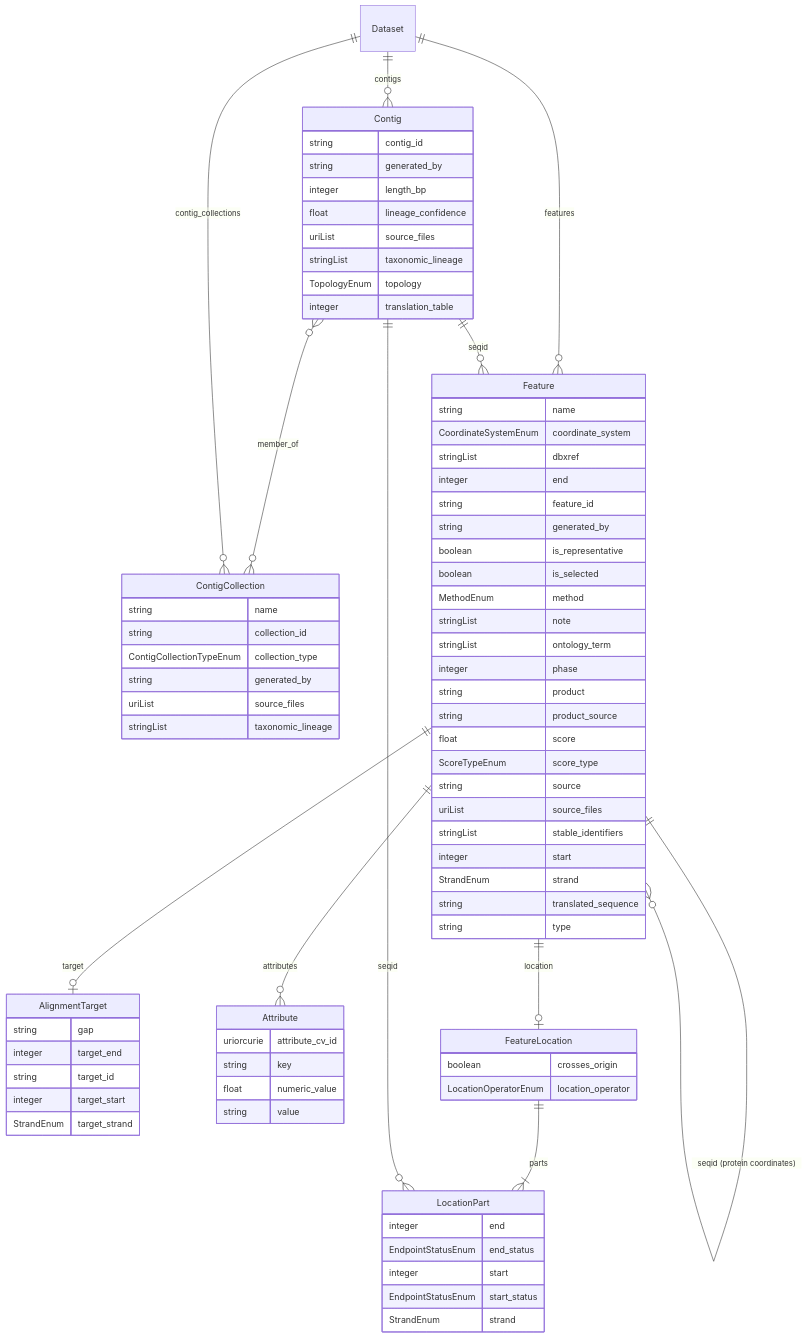
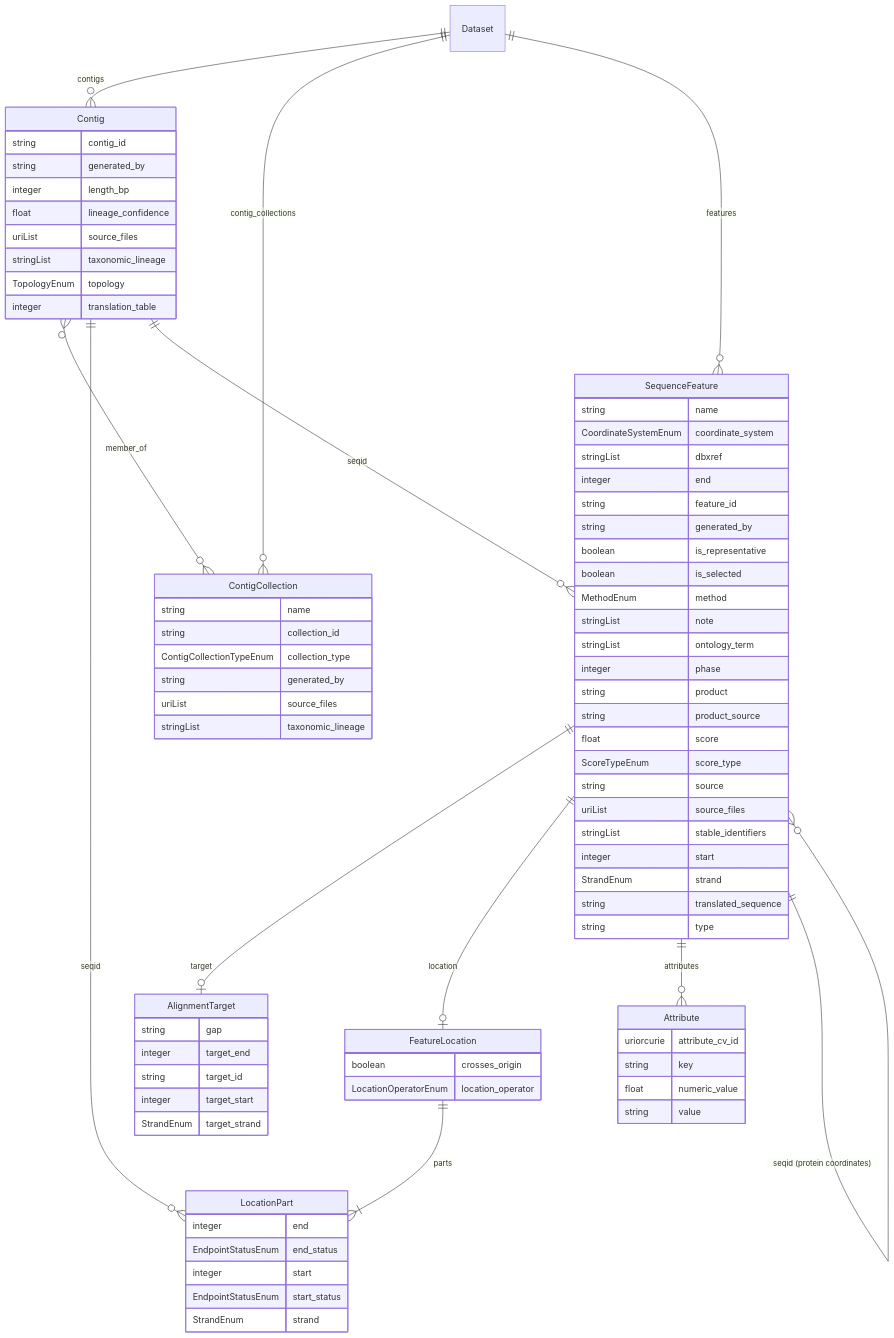
One commit to turbomam/feature-table-corpus changed the diagram in docs/schema-diagram.md. Above: the diagram before and after it, drawn with Mermaid. The commit also changed other lines of this file and 52 other files, not shown here.

First line of the commit message:
Rename the Feature class to SequenceFeature and version the model 0.2.0

````diff
--- a/docs/schema-diagram.md
+++ b/docs/schema-diagram.md
@@ -42,7 +42,18 @@
 Dataset {
 
 }
-Feature {
+FeatureLocation {
+    boolean crosses_origin
+    LocationOperatorEnum location_operator
+}
+LocationPart {
+    integer end
+    EndpointStatusEnum end_status
+    integer start
+    EndpointStatusEnum start_status
+    StrandEnum strand
+}
+SequenceFeature {
     string name
     CoordinateSystemEnum coordinate_system
     stringList dbxref
@@ -67,28 +78,17 @@
     string translated_sequence
     string type
 }
-FeatureLocation {
-    boolean crosses_origin
-    LocationOperatorEnum location_operator
-}
-LocationPart {
-    integer end
-    EndpointStatusEnum end_status
-    integer start
-    EndpointStatusEnum start_status
-    StrandEnum strand
-}
 
 Contig }o--o{ ContigCollection : "member_of"
 Dataset ||--o{ Contig : "contigs"
 Dataset ||--o{ ContigCollection : "contig_collections"
-Dataset ||--o{ Feature : "features"
-Feature ||--o| AlignmentTarget : "target"
-Feature ||--o| FeatureLocation : "location"
-Feature ||--o{ Attribute : "attributes"
-Feature }o--o{ Feature : "parent"
-Contig ||--o{ Feature : "seqid"
-Feature ||--o{ Feature : "seqid (protein coordinates)"
+Dataset ||--o{ SequenceFeature : "features"
 FeatureLocation ||--|{ LocationPart : "parts"
 Contig ||--o{ LocationPart : "seqid"
+SequenceFeature ||--o| AlignmentTarget : "target"
+SequenceFeature ||--o| FeatureLocation : "location"
+SequenceFeature ||--o{ Attribute : "attributes"
+SequenceFeature }o--o{ SequenceFeature : "parent"
+Contig ||--o{ SequenceFeature : "seqid"
+SequenceFeature ||--o{ SequenceFeature : "seqid (protein coordinates)"
 ```
````
